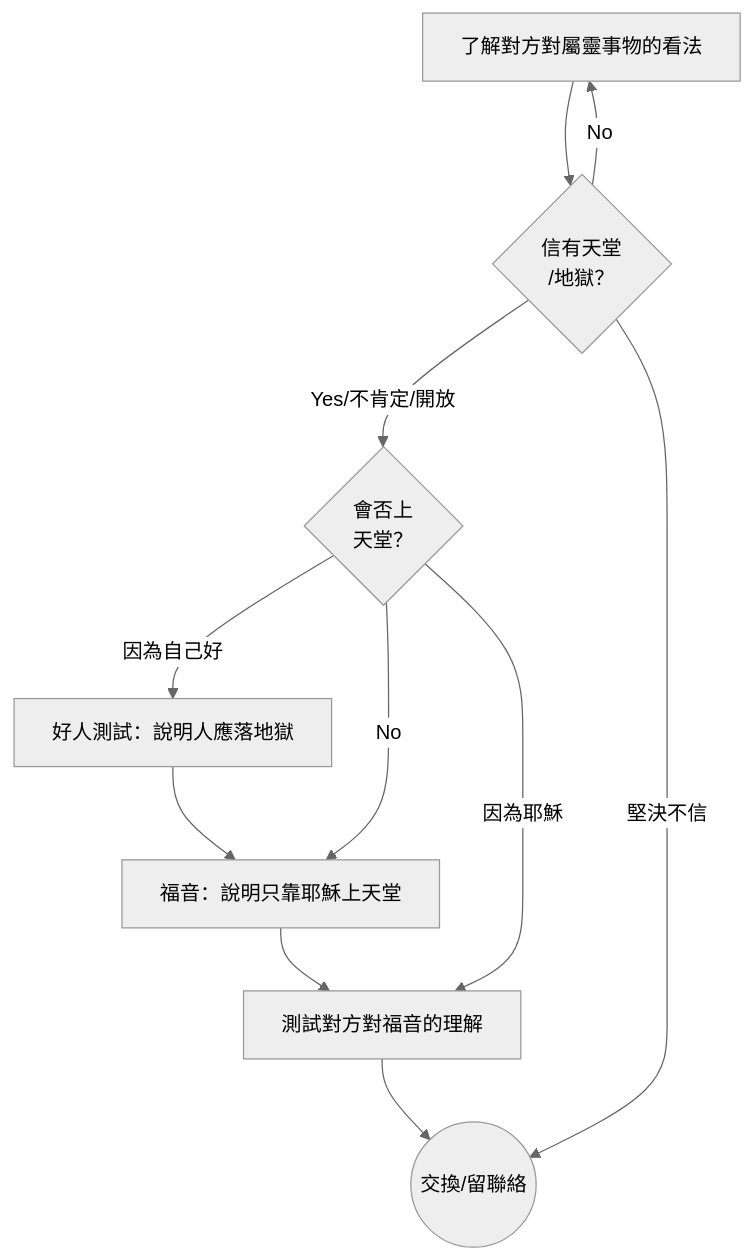
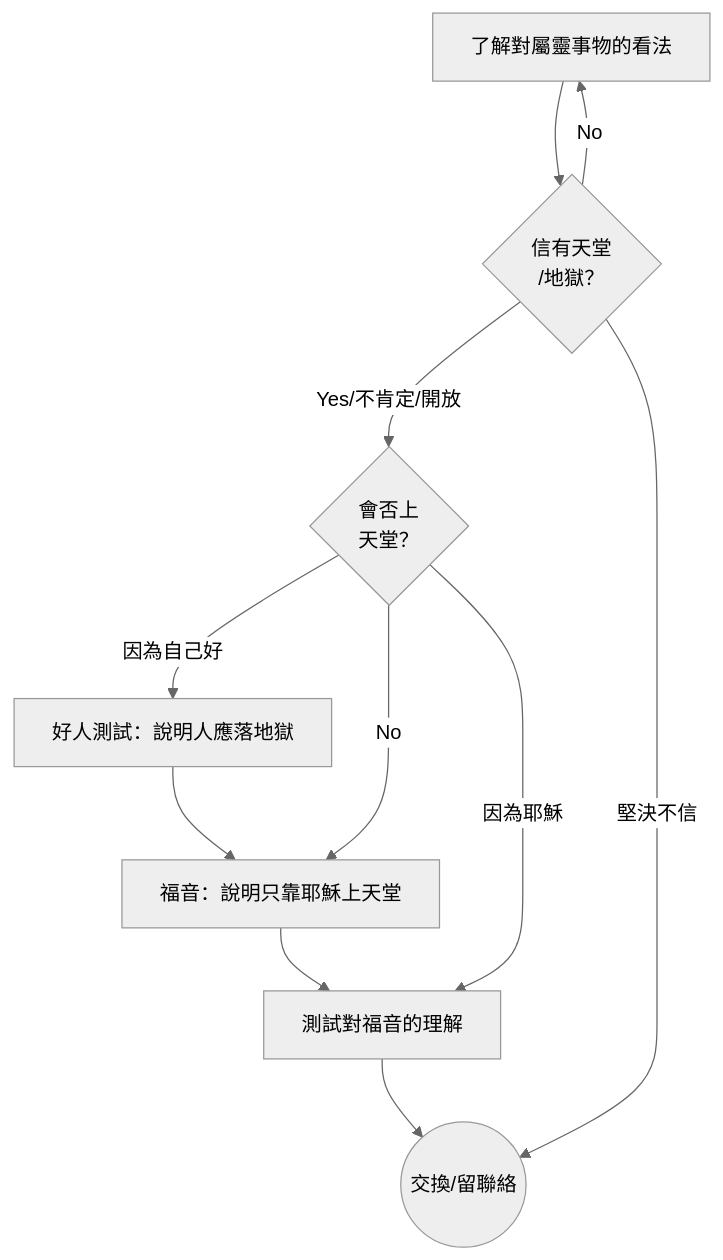
One commit to KenHung/gospel-flow changed the diagram in gospel.md. Above: the diagram before and after it, drawn with Mermaid (neutral theme). The commit also changed other lines of this file, not shown here.

````diff
--- a/gospel.md
+++ b/gospel.md
@@ -4,21 +4,21 @@
 ```mermaid
 flowchart TD
-    step1[了解對方對屬靈事物的看法]
+    step1[了解對屬靈事物的看法]
     step2[好人測試：說明人應落地獄] -->
     step3[福音：說明只靠耶穌上天堂] -->
-    step4[測試對方對福音的理解] -->
+    step4[測試對福音的理解] -->
     END((交換/留聯絡))
 
     q1{信有天堂
     /地獄？}
     q2{會否上
     天堂？}
     
     step1 --> q1
     q1 -- Yes/不肯定/開放 --> q2
     q1 -- No --> step1
     q1 -- 堅決不信 --> END
     q2 -- 因為自己好 --> step2
     q2 -- No --> step3
     q2 -- 因為耶穌 --> step4
 ```
````
